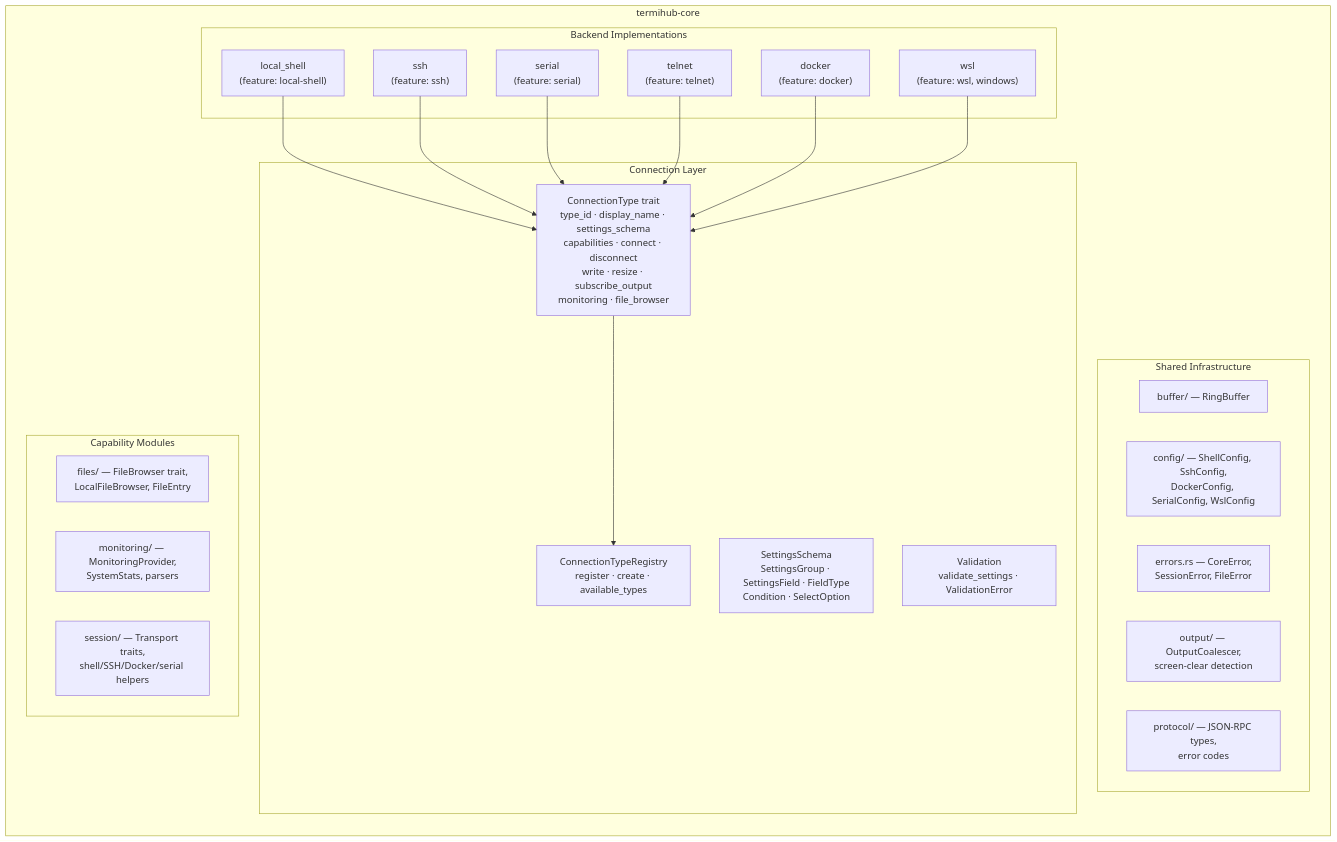
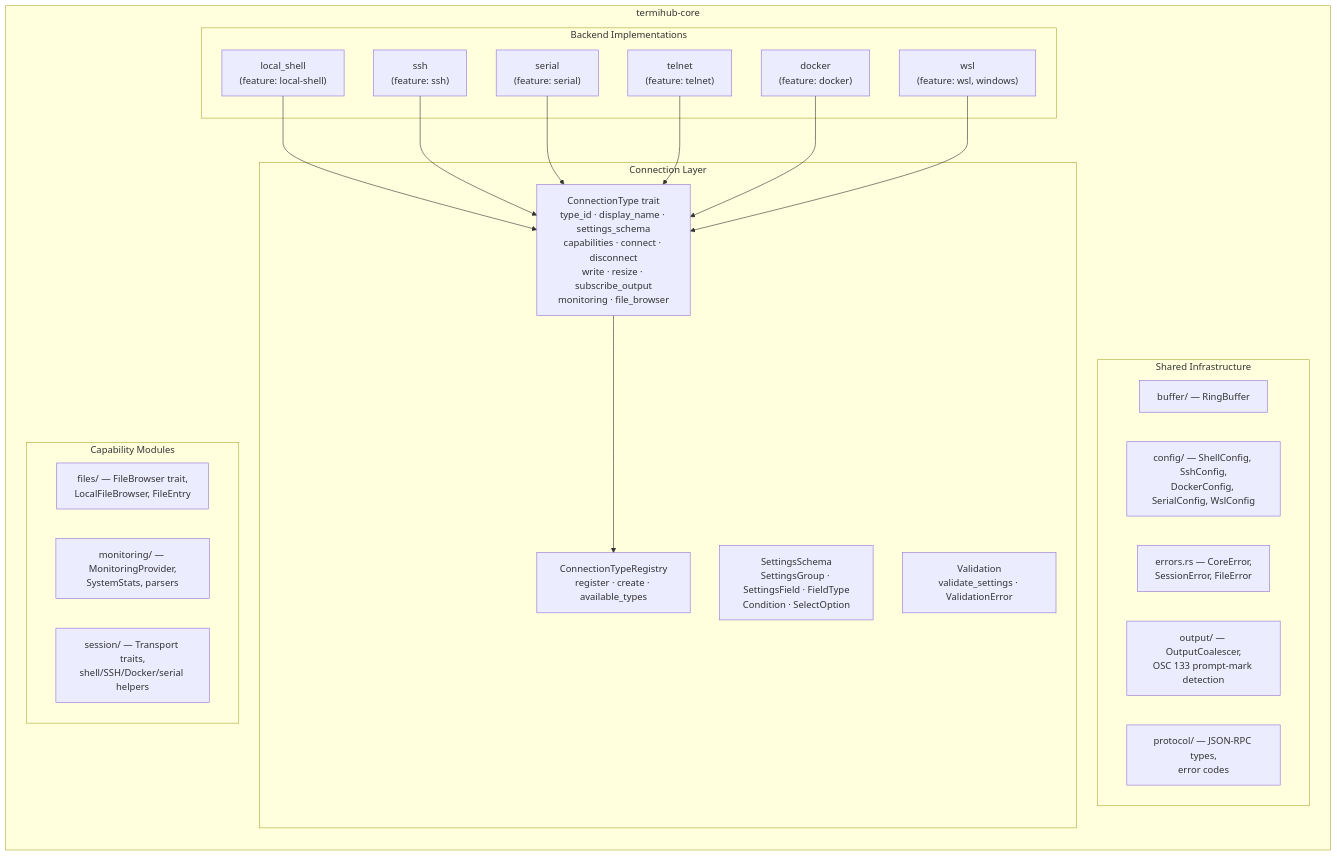
One commit to armaxri/termiHub changed the fifth of 37 diagrams in docs/architecture.md. Above: the diagram before and after it, drawn with Mermaid. The commit also changed other lines of this file and 2 other files, not shown here.

Commit message:
docs(terminal): describe prompt-mark detection instead of screen clears
core/src/output no longer detects screen clears, and vte left the
dependency tree with it (#4345).

Claude-Session: https://claude.ai/code/session_01LW1ptVna1e9bSC936mwdmZ

````diff
--- a/docs/architecture.md
+++ b/docs/architecture.md
@@ -363,44 +363,44 @@
 ```mermaid
 graph TD
     subgraph "termihub-core"
         direction TB
 
         subgraph "Connection Layer"
             CT["ConnectionType trait<br/>type_id · display_name · settings_schema<br/>capabilities · connect · disconnect<br/>write · resize · subscribe_output<br/>monitoring · file_browser"]
             REG["ConnectionTypeRegistry<br/>register · create · available_types"]
             SCH["SettingsSchema<br/>SettingsGroup · SettingsField · FieldType<br/>Condition · SelectOption"]
             VAL["Validation<br/>validate_settings · ValidationError"]
         end
 
         subgraph "Backend Implementations"
             LS["local_shell<br/>(feature: local-shell)"]
             SSH_B["ssh<br/>(feature: ssh)"]
             SER_B["serial<br/>(feature: serial)"]
             TEL_B["telnet<br/>(feature: telnet)"]
             DOC_B["docker<br/>(feature: docker)"]
             WSL_B["wsl<br/>(feature: wsl, windows)"]
         end
 
         subgraph "Shared Infrastructure"
             BUF["buffer/ — RingBuffer"]
             CFG["config/ — ShellConfig, SshConfig,<br/>DockerConfig, SerialConfig, WslConfig"]
             ERR["errors.rs — CoreError,<br/>SessionError, FileError"]
-            OUT["output/ — OutputCoalescer,<br/>screen-clear detection"]
+            OUT["output/ — OutputCoalescer,<br/>OSC 133 prompt-mark detection"]
             PROTO["protocol/ — JSON-RPC types,<br/>error codes"]
         end
 
         subgraph "Capability Modules"
             FILES["files/ — FileBrowser trait,<br/>LocalFileBrowser, FileEntry"]
             MON["monitoring/ — MonitoringProvider,<br/>SystemStats, parsers"]
             SESS["session/ — Transport traits,<br/>shell/SSH/Docker/serial helpers"]
         end
     end
 
     LS --> CT
     SSH_B --> CT
     SER_B --> CT
     TEL_B --> CT
     DOC_B --> CT
     WSL_B --> CT
     CT --> REG
 ```
````
